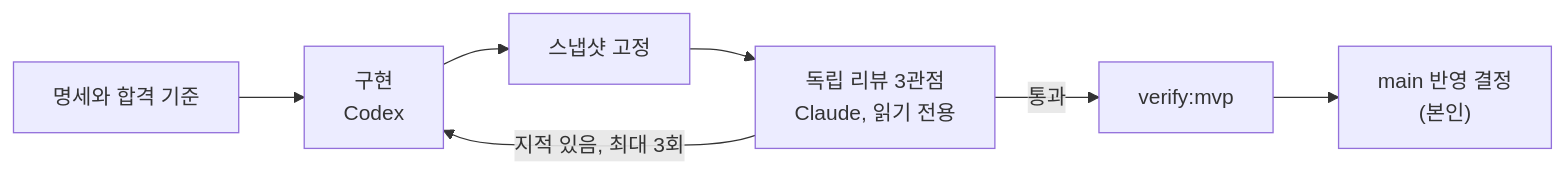
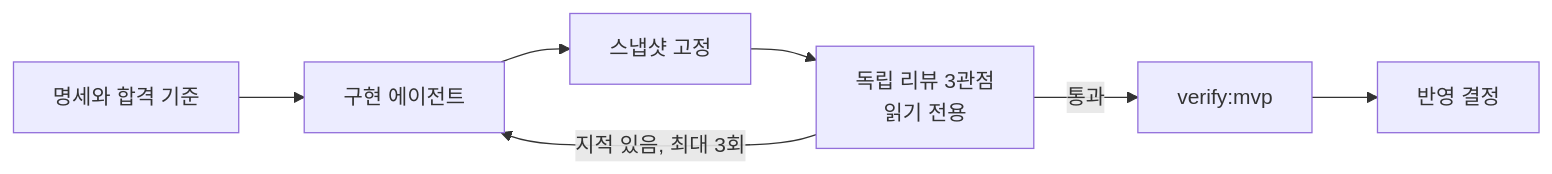
One commit to semicolon213/DevPath changed the second of 2 diagrams in README.md. Above: the diagram before and after it, drawn with Mermaid. The commit also changed other lines of this file, not shown here.

First line of the commit message:
docs: README 작업 방식을 AI 에이전트 하네스 관점으로 정리

````diff
--- a/README.md
+++ b/README.md
@@ -126,9 +132,9 @@
 ```mermaid
 flowchart LR
-    S["명세와 합격 기준"] --> I["구현<br/>Codex"]
+    S["명세와 합격 기준"] --> I["구현 에이전트"]
     I --> F["스냅샷 고정"]
-    F --> R["독립 리뷰 3관점<br/>Claude, 읽기 전용"]
+    F --> R["독립 리뷰 3관점<br/>읽기 전용"]
     R -->|지적 있음, 최대 3회| I
     R -->|통과| V["verify:mvp"]
-    V --> M["main 반영 결정<br/>(본인)"]
+    V --> M["반영 결정"]
 ```
````
